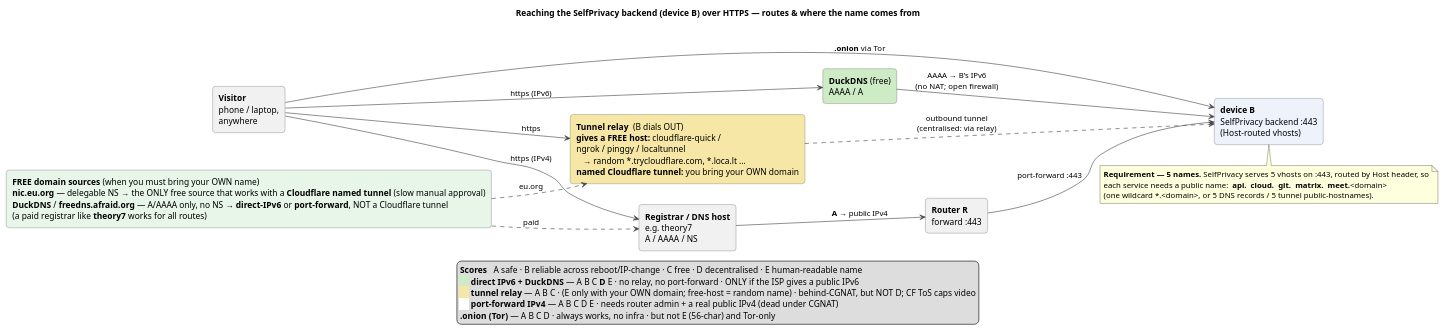
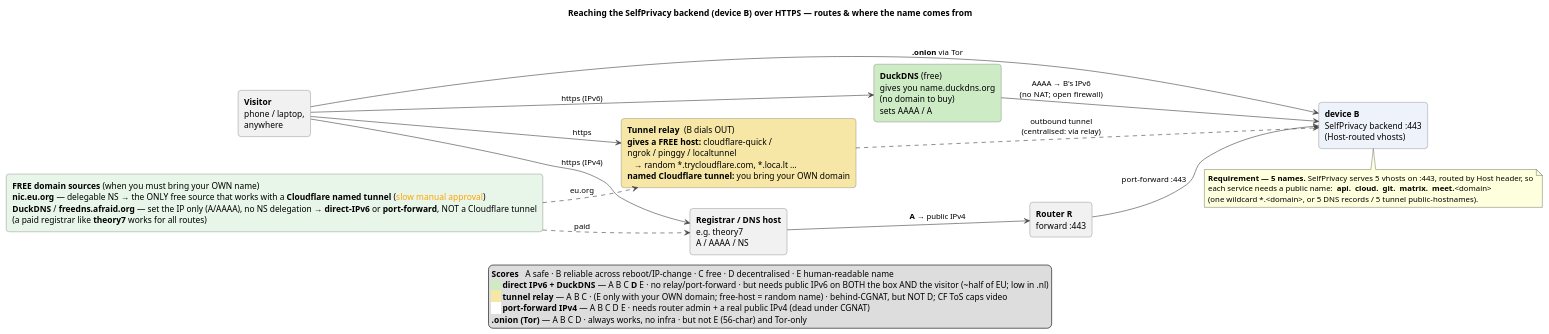
Before and after one commit to selfprivacy-over-alternative-nets/dev-dashboard: the diagram in docs/tunneling.puml, drawn with PlantUML. The commit also changed 4 other files, not shown here.

First line of the commit message:
tunneling diagram: orange "slow manual approval"; DuckDNS gives a free name (no domain); IPv6 needs v6 on both ends

```diff
--- a/docs/tunneling.puml
+++ b/docs/tunneling.puml
@@ -1,55 +1,55 @@
 @startuml tunneling
 ' How device B (the SelfPrivacy backend) is reached over HTTPS, AND where the public name comes from.
 ' The hard part: B sits behind NAT (often CGNAT / a third party's router), so there is usually no
 ' inbound port to forward. These are the four routes, how each scores, and the name each one needs.
 ' Rendered deterministically to tunneling.svg by docs/render-diagrams.sh (pinned plantuml).
 title Reaching the SelfPrivacy backend (device B) over HTTPS — routes & where the name comes from
 
 skinparam shadowing false
 skinparam defaultFontName Helvetica
 skinparam ArrowColor #444444
 skinparam rectangle {
   BorderColor #555555
   roundCorner 10
 }
 
 left to right direction
 
 rectangle "**Visitor**\nphone / laptop,\nanywhere" as V
 rectangle "**device B**\nSelfPrivacy backend :443\n(Host-routed vhosts)" as B #EEF3FB
 
 rectangle "**Tunnel relay**  (B dials OUT)\n**gives a FREE host:** cloudflare-quick /\nngrok / pinggy / localtunnel\n   → random *.trycloudflare.com, *.loca.lt …\n**named Cloudflare tunnel:** you bring your OWN domain" as T #F7E7A6
-rectangle "**DuckDNS** (free)\nAAAA / A" as DD #CDEBC5
+rectangle "**DuckDNS** (free)\ngives you  name.duckdns.org\n(no domain to buy)\nsets AAAA / A" as DD #CDEBC5
 rectangle "**Registrar / DNS host**\ne.g. theory7\nA / AAAA / NS" as REG
 rectangle "**Router R**\nforward :443" as R
 
 V --> T  : https
 T ..> B  : outbound tunnel\n(centralised: via relay)
 
 V --> DD : https (IPv6)
 DD --> B : AAAA → B's IPv6\n(no NAT; open firewall)
 
 V --> REG : https (IPv4)
 REG --> R : **A** → public IPv4
 R --> B   : port-forward :443
 
 V --> B  : **.onion** via Tor
 
 note bottom of B
   **Requirement — 5 names.** SelfPrivacy serves 5 vhosts on :443, routed by Host header, so
   each service needs a public name:  **api.**  **cloud.**  **git.**  **matrix.**  **meet.**<domain>
   (one wildcard *.<domain>, or 5 DNS records / 5 tunnel public-hostnames).
 end note
 
-rectangle "**FREE domain sources** (when you must bring your OWN name)\n**nic.eu.org** — delegable NS → the ONLY free source that works with a **Cloudflare named tunnel** (slow manual approval)\n**DuckDNS** / **freedns.afraid.org** — A/AAAA only, no NS → **direct-IPv6** or **port-forward**, NOT a Cloudflare tunnel\n(a paid registrar like **theory7** works for all routes)" as SRC #E8F5E9
+rectangle "**FREE domain sources** (when you must bring your OWN name)\n**nic.eu.org** — delegable NS → the ONLY free source that works with a **Cloudflare named tunnel** (<color:orange>slow manual approval</color>)\n**DuckDNS** / **freedns.afraid.org** — set the IP only (A/AAAA), no NS delegation → **direct-IPv6** or **port-forward**, NOT a Cloudflare tunnel\n(a paid registrar like **theory7** works for all routes)" as SRC #E8F5E9
 SRC ..> T   : eu.org
 SRC ..> REG : paid
 
 legend bottom
 <b>Scores</b>   A safe · B reliable across reboot/IP-change · C free · D decentralised · E human-readable name
-<back:#CDEBC5>    </back> <b>direct IPv6 + DuckDNS</b> — A B C <b>D</b> E · no relay, no port-forward · ONLY if the ISP gives a public IPv6
+<back:#CDEBC5>    </back> <b>direct IPv6 + DuckDNS</b> — A B C <b>D</b> E · no relay/port-forward · but needs public IPv6 on BOTH the box AND the visitor (~half of EU; low in .nl)
 <back:#F7E7A6>    </back> <b>tunnel relay</b> — A B C · (E only with your OWN domain; free-host = random name) · behind-CGNAT, but NOT D; CF ToS caps video
 <back:#FFFFFF>    </back> <b>port-forward IPv4</b> — A B C D E · needs router admin + a real public IPv4 (dead under CGNAT)
 <b>.onion (Tor)</b> — A B C D · always works, no infra · but not E (56-char) and Tor-only
 endlegend
 @enduml
```
